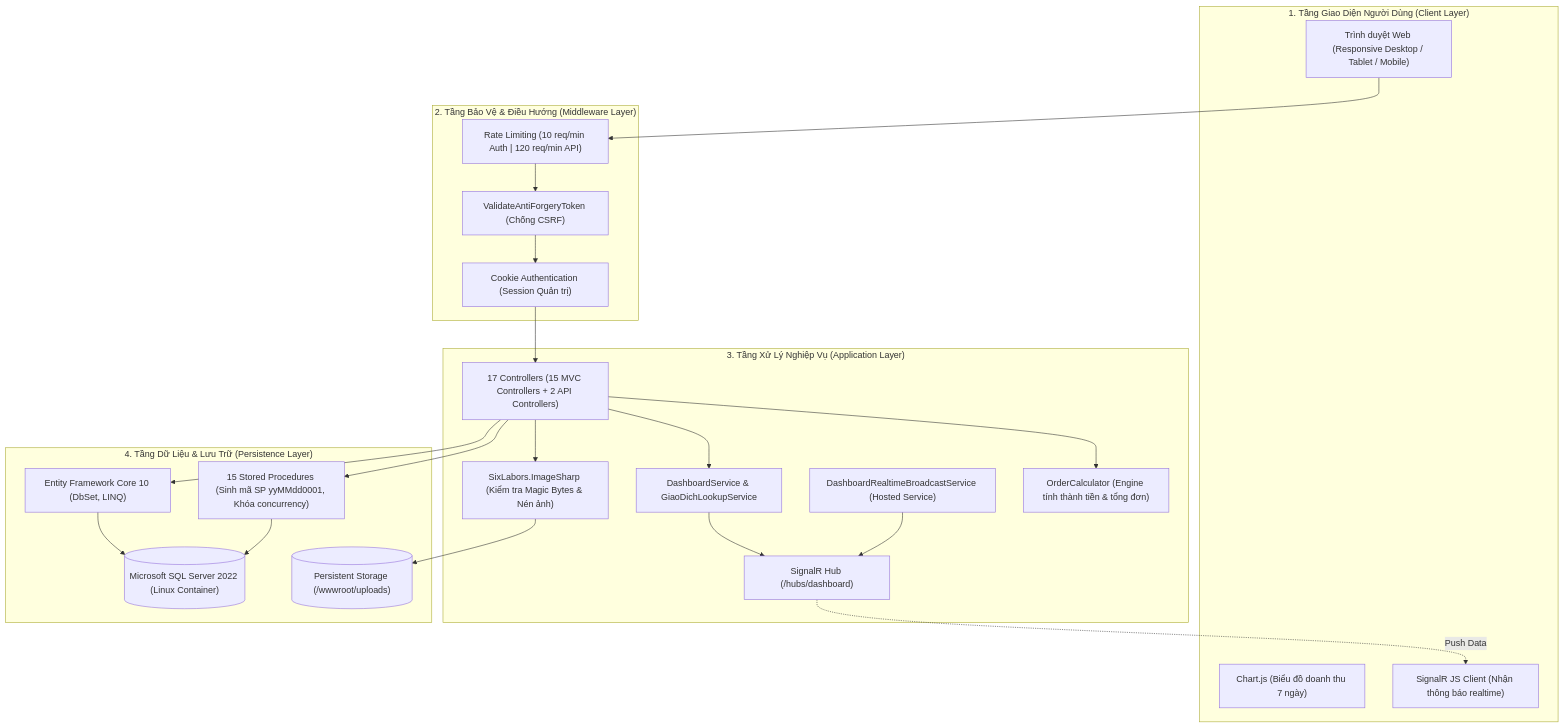
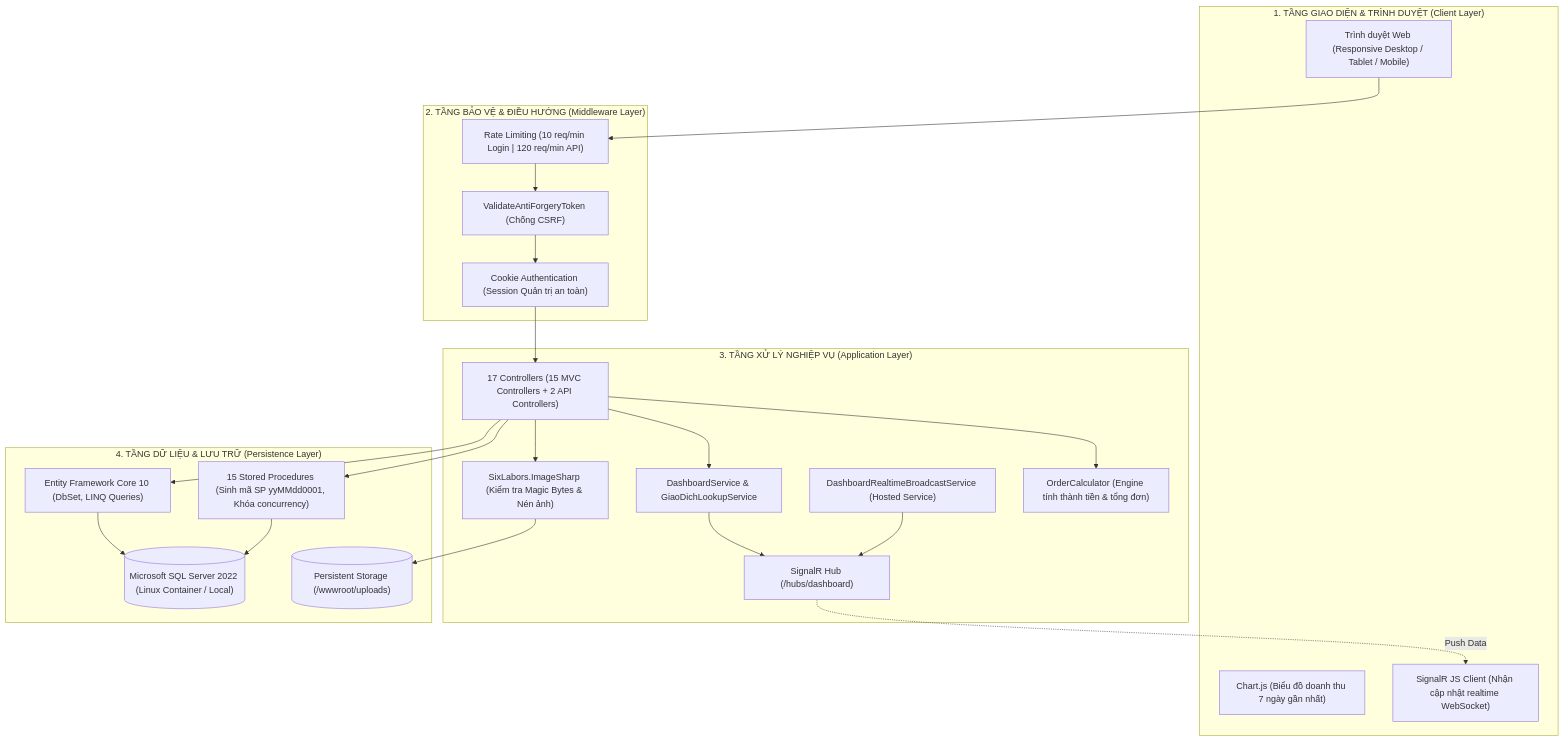
Before and after one commit to nguyenxp3n/WebQLBH: the first of 3 diagrams in README.md, drawn with Mermaid. The commit also changed other lines of this file and 1 other file, not shown here.

Commit message:
docs: comprehensive recruiter-grade README and README_en with 12-model catalog, architecture & operations guide

````diff
--- a/README.md
+++ b/README.md
@@ -52,48 +156,48 @@
 ```mermaid
 flowchart TD
-    subgraph ClientLayer ["1. Tầng Giao Diện Người Dùng (Client Layer)"]
+    subgraph ClientLayer ["1. TẦNG GIAO DIỆN & TRÌNH DUYỆT (Client Layer)"]
         Browser["Trình duyệt Web (Responsive Desktop / Tablet / Mobile)"]
-        ChartJS["Chart.js (Biểu đồ doanh thu 7 ngày)"]
-        SignalRClient["SignalR JS Client (Nhận thông báo realtime)"]
+        ChartJS["Chart.js (Biểu đồ doanh thu 7 ngày gần nhất)"]
+        SignalRClient["SignalR JS Client (Nhận cập nhật realtime WebSocket)"]
     end
 
-    subgraph GatewayMiddleware ["2. Tầng Bảo Vệ & Điều Hướng (Middleware Layer)"]
-        RateLimiter["Rate Limiting (10 req/min Auth | 120 req/min API)"]
+    subgraph GatewayMiddleware ["2. TẦNG BẢO VỆ & ĐIỀU HƯỚNG (Middleware Layer)"]
+        RateLimiter["Rate Limiting (10 req/min Login | 120 req/min API)"]
         Antiforgery["ValidateAntiForgeryToken (Chống CSRF)"]
-        CookieAuth["Cookie Authentication (Session Quản trị)"]
+        CookieAuth["Cookie Authentication (Session Quản trị an toàn)"]
     end
 
-    subgraph AppLayer ["3. Tầng Xử Lý Nghiệp Vụ (Application Layer)"]
+    subgraph AppLayer ["3. TẦNG XỬ LÝ NGHIỆP VỤ (Application Layer)"]
         Controllers["17 Controllers (15 MVC Controllers + 2 API Controllers)"]
         DashboardService["DashboardService & GiaoDichLookupService"]
         RealtimeHub["SignalR Hub (/hubs/dashboard)"]
         BackgroundWorker["DashboardRealtimeBroadcastService (Hosted Service)"]
         ImageSecurity["SixLabors.ImageSharp (Kiểm tra Magic Bytes & Nén ảnh)"]
         OrderEngine["OrderCalculator (Engine tính thành tiền & tổng đơn)"]
     end
 
-    subgraph DataAccessLayer ["4. Tầng Dữ Liệu & Lưu Trữ (Persistence Layer)"]
-        EFCore["Entity Framework Core 10 (DbSet, LINQ)"]
+    subgraph DataAccessLayer ["4. TẦNG DỮ LIỆU & LƯU TRỮ (Persistence Layer)"]
+        EFCore["Entity Framework Core 10 (DbSet, LINQ Queries)"]
         StoredProcedures["15 Stored Procedures (Sinh mã SP yyMMdd0001, Khóa concurrency)"]
-        SQLServer[("Microsoft SQL Server 2022 (Linux Container)")]
+        SQLServer[("Microsoft SQL Server 2022 (Linux Container / Local)")]
         UploadVolume[("Persistent Storage (/wwwroot/uploads)")]
     end
 
     Browser --> RateLimiter
     RateLimiter --> Antiforgery
     Antiforgery --> CookieAuth
     CookieAuth --> Controllers
 
     Controllers --> DashboardService
     Controllers --> ImageSecurity
     Controllers --> OrderEngine
     ImageSecurity --> UploadVolume
     DashboardService --> RealtimeHub
     BackgroundWorker --> RealtimeHub
     RealtimeHub -. Push Data .-> SignalRClient
 
     Controllers --> EFCore
     Controllers --> StoredProcedures
     EFCore --> SQLServer
     StoredProcedures --> SQLServer
 ```
````
